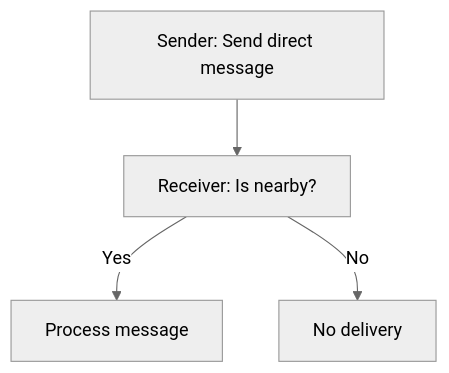
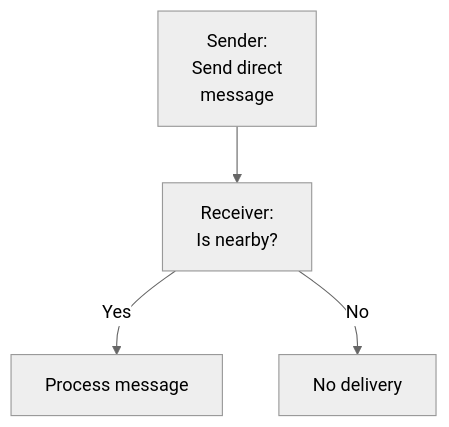
Before and after one commit to luckystriike22/meshcore_region_info: the third of 3 diagrams in direct_message_flows.md, drawn with Mermaid (neutral theme). The commit also changed other lines of this file, not shown here.

````diff
--- a/direct_message_flows.md
+++ b/direct_message_flows.md
@@ -71,6 +71,6 @@
 ```mermaid
 flowchart TD
-    A[Sender: Send direct message] --> B[Receiver: Is nearby?]
+    A[Sender:<br>Send direct<br>message] --> B[Receiver:<br>Is nearby?]
     B -- Yes --> C[Process message]
     B -- No --> D[No delivery]
 ```
````
